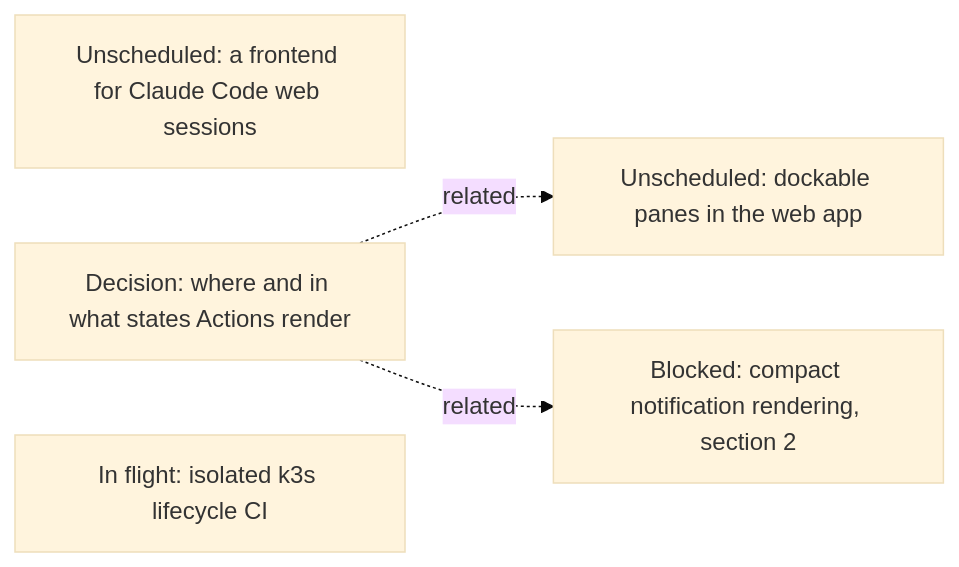
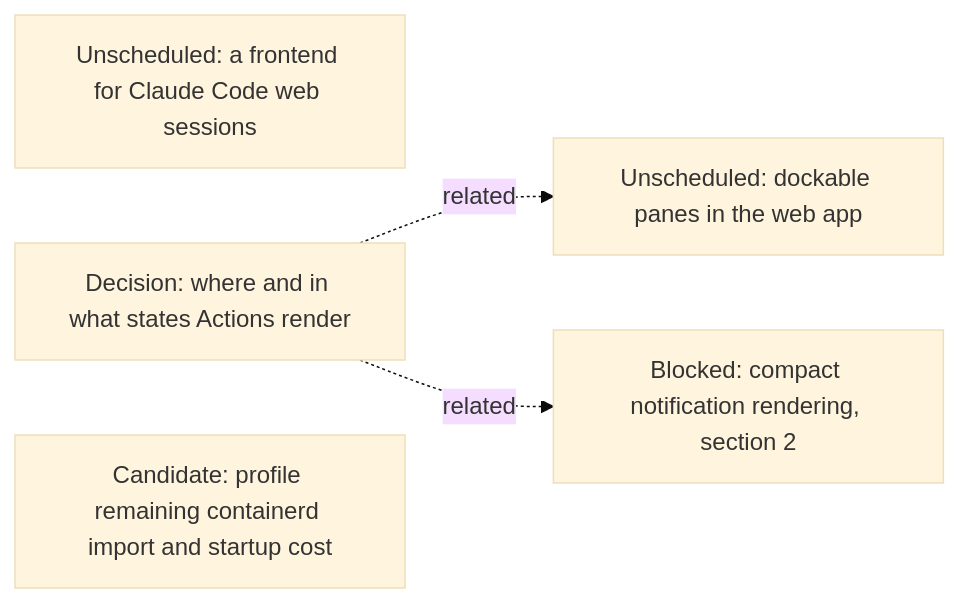
One commit to agentydragon-agent/ducktape changed the seventh of 15 diagrams in agentplane/plans/task_dag.md. Above: the diagram before and after it, drawn with Mermaid (base theme). The commit also changed other lines of this file and 4 other files, not shown here.

````diff
--- a/agentplane/plans/task_dag.md
+++ b/agentplane/plans/task_dag.md
@@ -476,10 +478,10 @@
 ```mermaid
 flowchart LR
     CLAUDE_CODE_WEB_BRIDGE[Unscheduled: a frontend for Claude Code web sessions]
     ACTION_SURFACES_DESIGN[Decision: where and in what states Actions render]
-    ISOLATED_ACCEPTANCE_CI[In flight: isolated k3s lifecycle CI]
+    K3S_STARTUP_COST[Candidate: profile remaining containerd import and startup cost]
     DOCKABLE_PANES[Unscheduled: dockable panes in the web app]
     ACTION_SURFACES_DESIGN -. related .-> DOCKABLE_PANES
     NOTIFICATION_PRESENTATION[Blocked: compact notification rendering, section 2]
     ACTION_SURFACES_DESIGN -. related .-> NOTIFICATION_PRESENTATION
 ```
````
